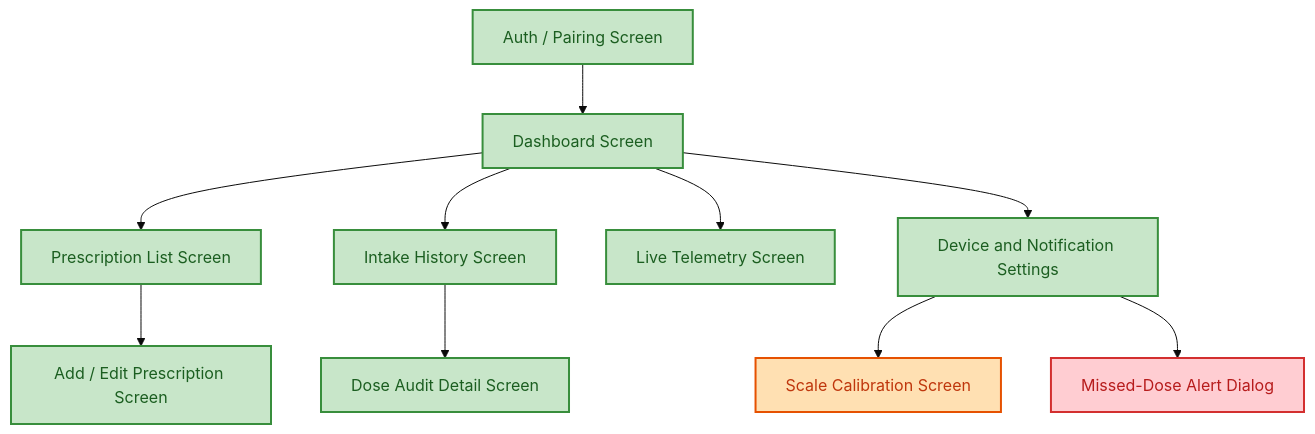
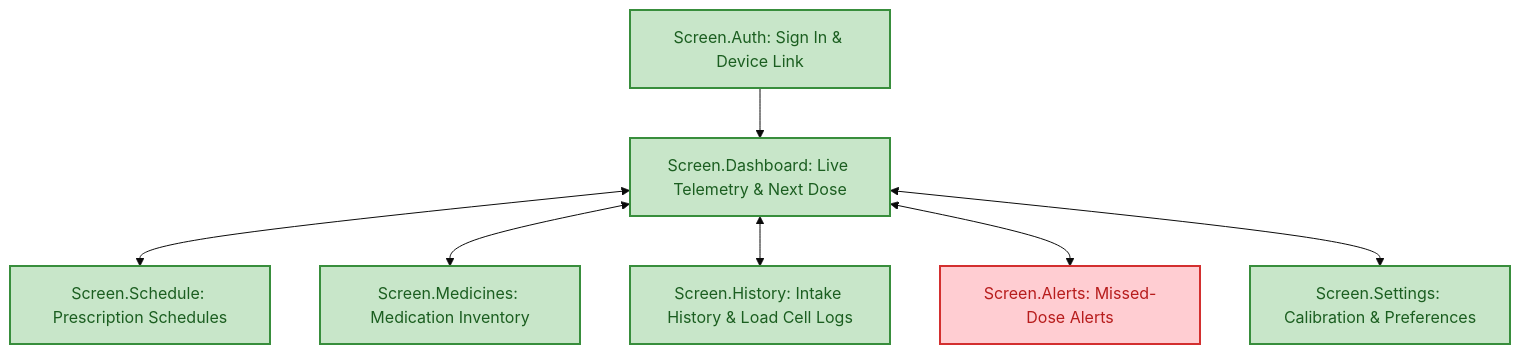
Before and after one commit to AdityaSurse/Smart-Medicine-Box-EIMS-Project-: the fifth of 8 diagrams in README.md, drawn with Mermaid (base theme). The commit also changed other lines of this file and 68 other files, not shown here.

Commit message:
feat: scaffold project architecture

````diff
--- a/README.md
+++ b/README.md
@@ -125,21 +128,17 @@
 ```mermaid
 flowchart TD
     classDef device fill:#FFE0B2,stroke:#E65100,stroke-width:2px,color:#BF360C;
     classDef cloud fill:#BBDEFB,stroke:#1976D2,stroke-width:2px,color:#0D47A1;
     classDef app fill:#C8E6C9,stroke:#388E3C,stroke-width:2px,color:#1B5E20;
     classDef alert fill:#FFCDD2,stroke:#D32F2F,stroke-width:2px,color:#B71C1C;
 
-    AUTH["Auth / Pairing Screen"] --> DASH["Dashboard Screen"]
-    DASH --> PRESC_LIST["Prescription List Screen"]
-    PRESC_LIST --> PRESC_EDIT["Add / Edit Prescription Screen"]
-    DASH --> HISTORY["Intake History Screen"]
-    HISTORY --> HISTORY_DETAIL["Dose Audit Detail Screen"]
-    DASH --> TELEMETRY["Live Telemetry Screen"]
-    DASH --> SETTINGS["Device and Notification Settings"]
-    SETTINGS --> CALIB["Scale Calibration Screen"]
-    SETTINGS --> ALERT_DLG["Missed-Dose Alert Dialog"]
+    AUTH["Screen.Auth: Sign In & Device Link"] --> DASH["Screen.Dashboard: Live Telemetry & Next Dose"]
+    DASH <--> SCHEDULE["Screen.Schedule: Prescription Schedules"]
+    DASH <--> MEDS["Screen.Medicines: Medication Inventory"]
+    DASH <--> HISTORY["Screen.History: Intake History & Load Cell Logs"]
+    DASH <--> ALERTS["Screen.Alerts: Missed-Dose Alerts"]
+    DASH <--> SETTINGS["Screen.Settings: Calibration & Preferences"]
 
-    class CALIB device;
-    class AUTH,DASH,PRESC_LIST,PRESC_EDIT,HISTORY,HISTORY_DETAIL,TELEMETRY,SETTINGS app;
-    class ALERT_DLG alert;
+    class AUTH,DASH,SCHEDULE,MEDS,HISTORY,SETTINGS app;
+    class ALERTS alert;
 ```
````
